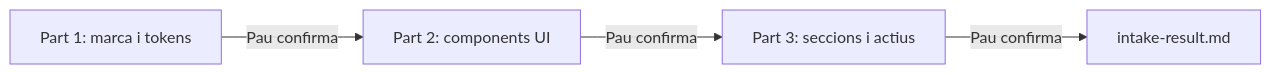
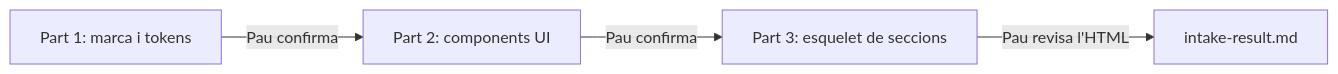
The second of 2 diagrams in docs/sdd/fases.md (VoraStudio/voraData), drawn with Mermaid before and after one commit. The commit also changed other lines of this file and 3 other files, not shown here.

Commit message:
docs: document INTAKE part 3 section skeleton and openspec decision rule

````diff
--- a/docs/sdd/fases.md
+++ b/docs/sdd/fases.md
@@ -80,6 +80,6 @@
 ```mermaid
 graph LR
     P1[Part 1: marca i tokens] -->|Pau confirma| P2[Part 2: components UI]
-    P2 -->|Pau confirma| P3[Part 3: seccions i actius]
-    P3 -->|Pau confirma| R[intake-result.md]
+    P2 -->|Pau confirma| P3[Part 3: esquelet de seccions]
+    P3 -->|Pau revisa l'HTML| R[intake-result.md]
 ```
````
